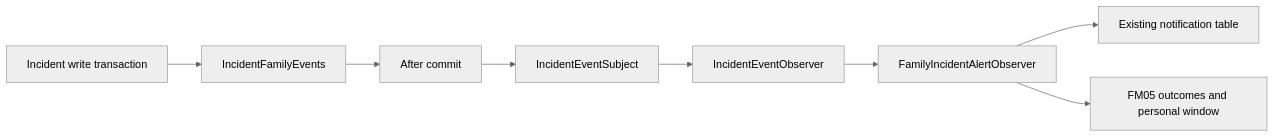
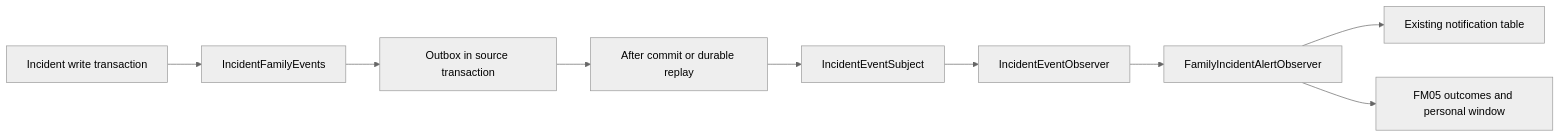
Before and after one commit to Care-Giver-SE-Team2/carelink: the diagram in docs/design/family/FM05-observer-integration.md, drawn with Mermaid (neutral theme). The commit also changed other lines of this file and 10 other files, not shown here.

````diff
--- a/docs/design/family/FM05-observer-integration.md
+++ b/docs/design/family/FM05-observer-integration.md
@@ -21,10 +21,11 @@
 ```mermaid
 flowchart LR
   A[Incident write transaction] --> B[IncidentFamilyEvents]
-  B --> C[After commit]
+  B --> O[Outbox in source transaction]
+  O --> C[After commit or durable replay]
   C --> D[IncidentEventSubject]
   D --> E[IncidentEventObserver]
   E --> F[FamilyIncidentAlertObserver]
   F --> G[Existing notification table]
   F --> H[FM05 outcomes and personal window]
 ```
````
